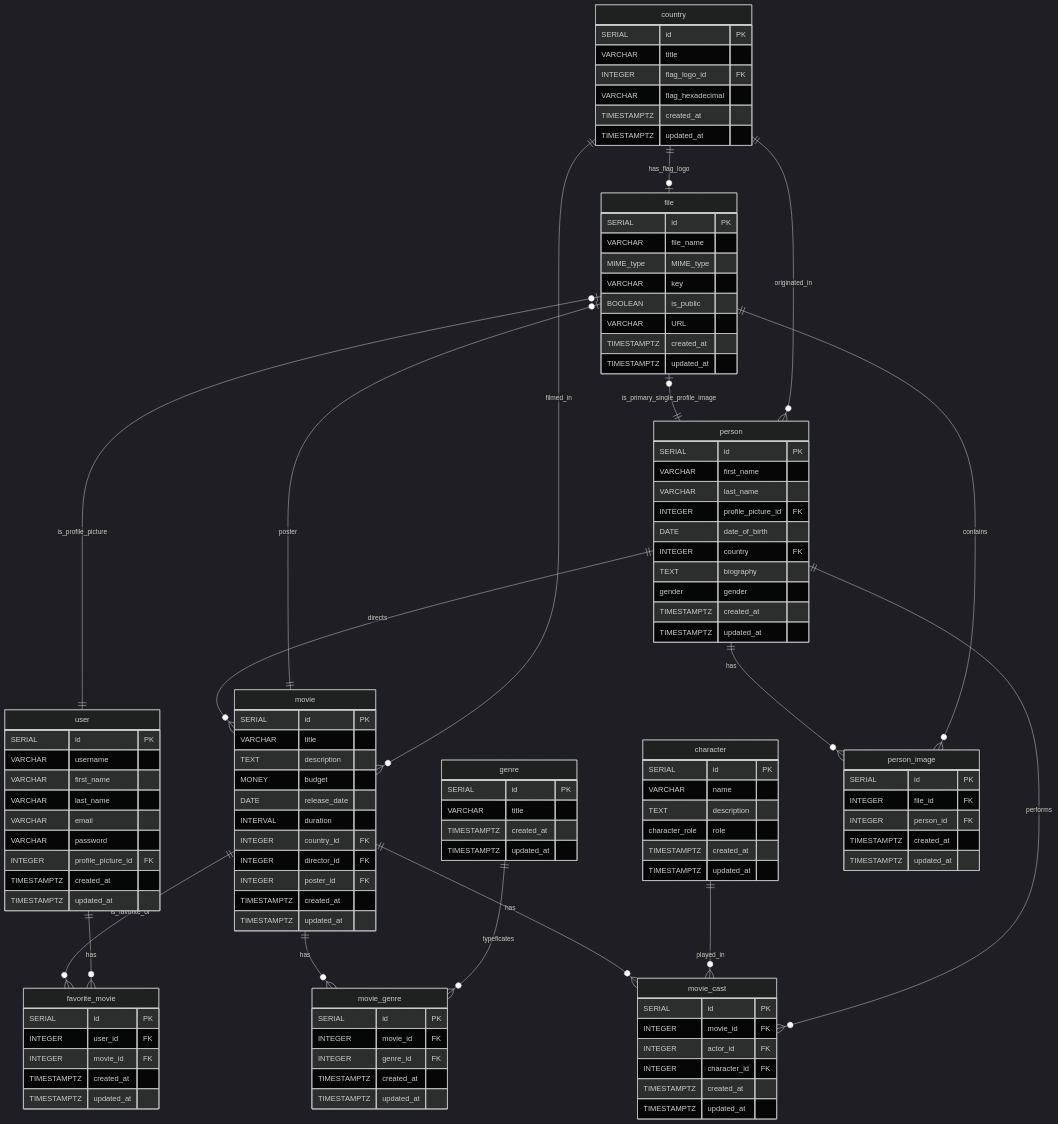
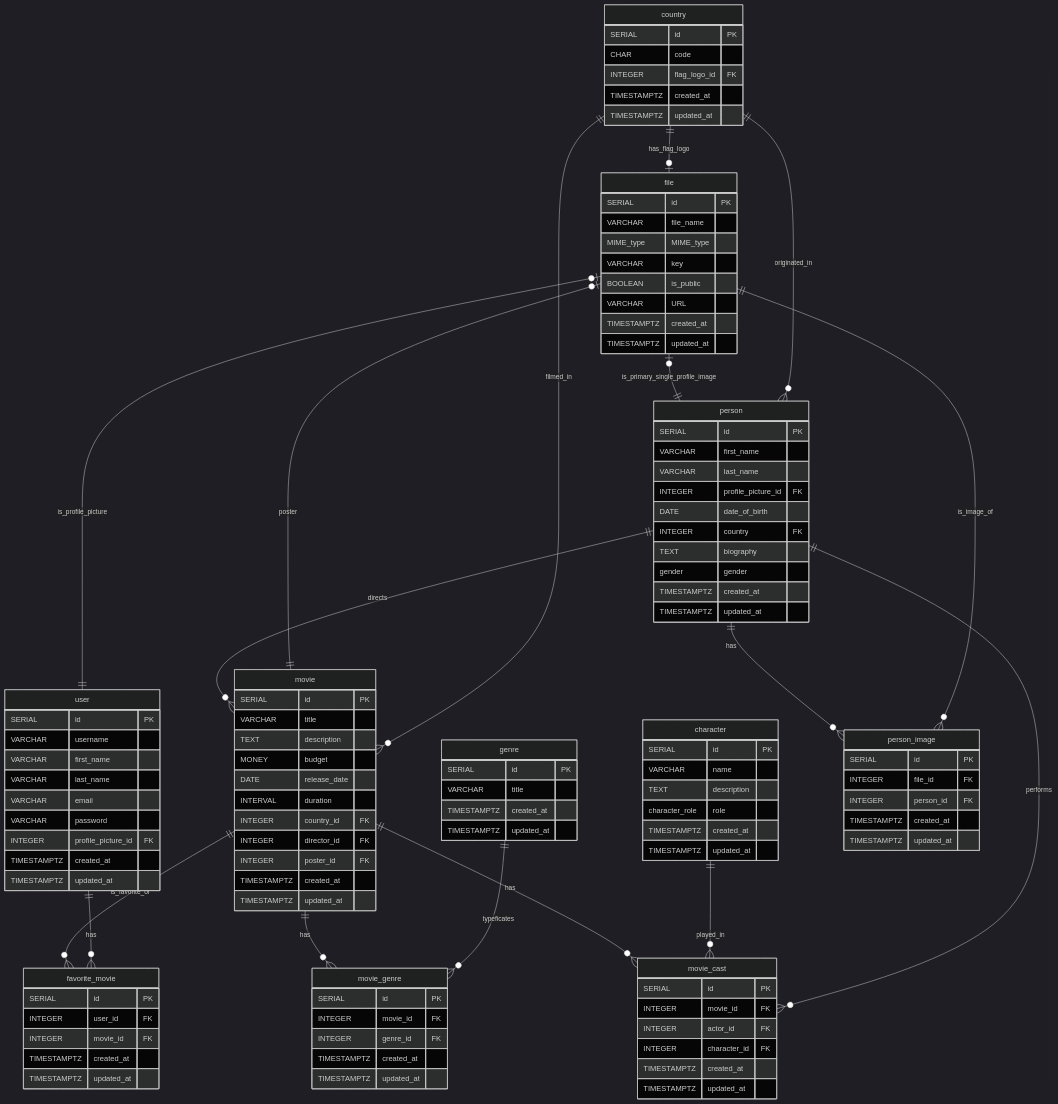
The diagram in README.md (luiqor/bsa-sql-assigment), drawn with Mermaid (dark theme) before and after one commit. The commit also changed 2 other files, not shown here.

Commit message:
major: logic fixes & addictional

```diff
--- a/README.md
+++ b/README.md
@@ -21,7 +21,7 @@
     character ||--o{ movie_cast : played_in
     person ||--o{ movie_cast : performs
     person ||--o{ person_image : has
-    file ||--o{ person_image : contains
+    file ||--o{ person_image : is_image_of
 
     file {
         SERIAL id PK
@@ -35,9 +35,8 @@
     }
     country {
         SERIAL id PK
-        VARCHAR title
+        CHAR code
         INTEGER flag_logo_id FK
-        VARCHAR flag_hexadecimal
         TIMESTAMPTZ created_at
         TIMESTAMPTZ updated_at
     }
```
